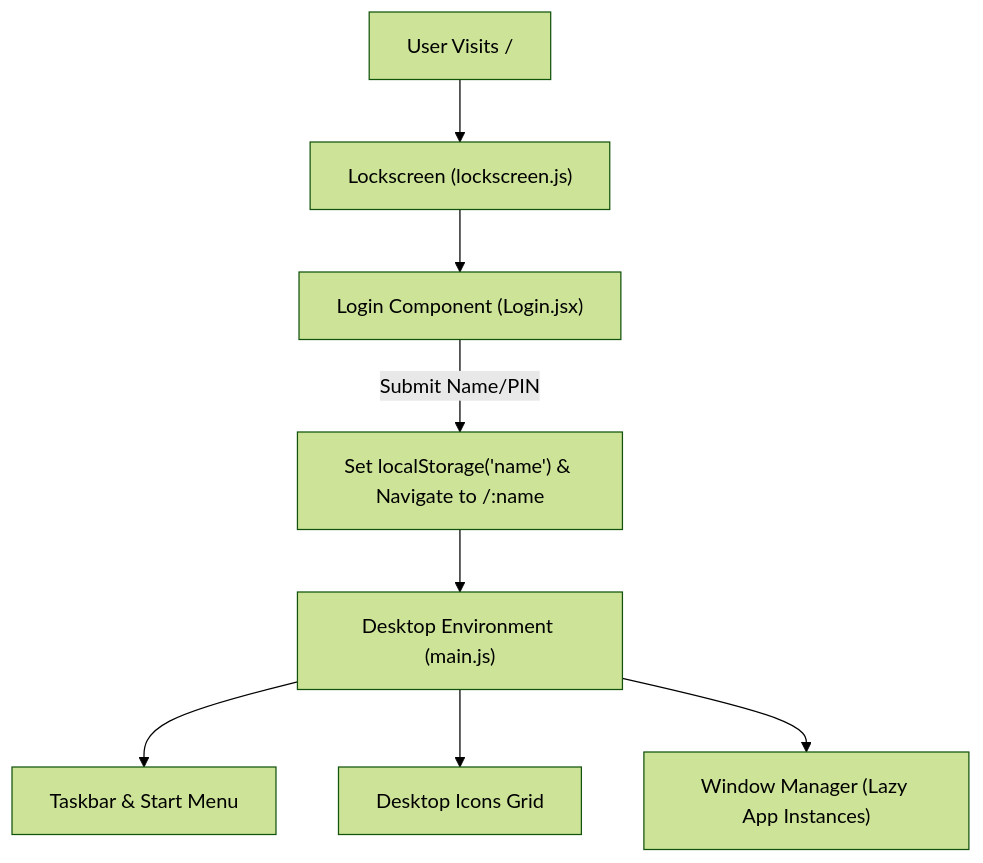
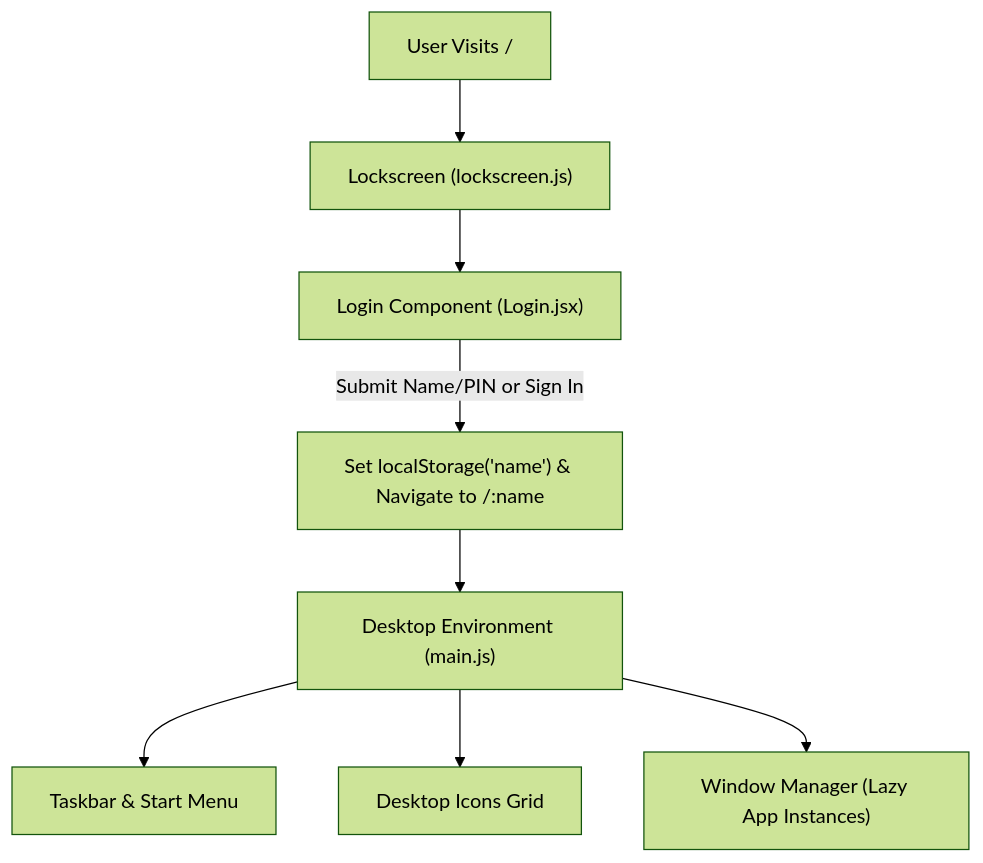
The diagram in brain.md (Vidhitam-chakole/Portfolio), drawn with Mermaid (forest theme) before and after one commit. The commit also changed other lines of this file and 17 other files, not shown here.

````diff
--- a/brain.md
+++ b/brain.md
@@ -112,10 +114,10 @@
 ```mermaid
 flowchart TD
     A["User Visits /"] --> B["Lockscreen (lockscreen.js)"]
     B --> C["Login Component (Login.jsx)"]
-    C -->|Submit Name/PIN| D["Set localStorage('name') & Navigate to /:name"]
+    C -->|Submit Name/PIN or Sign In| D["Set localStorage('name') & Navigate to /:name"]
     D --> E["Desktop Environment (main.js)"]
     E --> F["Taskbar & Start Menu"]
     E --> G["Desktop Icons Grid"]
     E --> H["Window Manager (Lazy App Instances)"]
 ```
````
